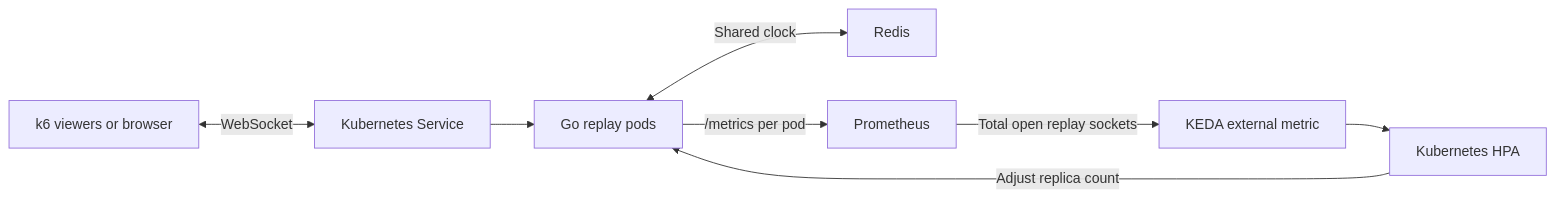
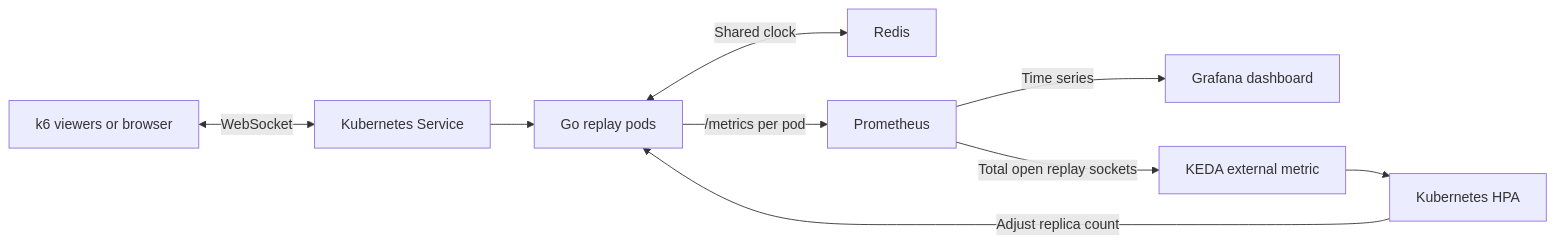
One commit to auscodes/f1-race-replay changed the diagram in docs/DEPLOYMENT.md. Above: the diagram before and after it, drawn with Mermaid. The commit also changed other lines of this file and 6 other files, not shown here.

Commit message:
docs: explain replay architecture and record Grafana verification

````diff
--- a/docs/DEPLOYMENT.md
+++ b/docs/DEPLOYMENT.md
@@ -15,10 +13,11 @@
 ```mermaid
 flowchart LR
     K["k6 viewers or browser"] <-->|"WebSocket"| S["Kubernetes Service"]
     S --> P["Go replay pods"]
     P <-->|"Shared clock"| R["Redis"]
     P -->|"/metrics per pod"| M["Prometheus"]
+    M -->|"Time series"| G["Grafana dashboard"]
     M -->|"Total open replay sockets"| A["KEDA external metric"]
     A --> H["Kubernetes HPA"]
     H -->|"Adjust replica count"| P
 ```
````
